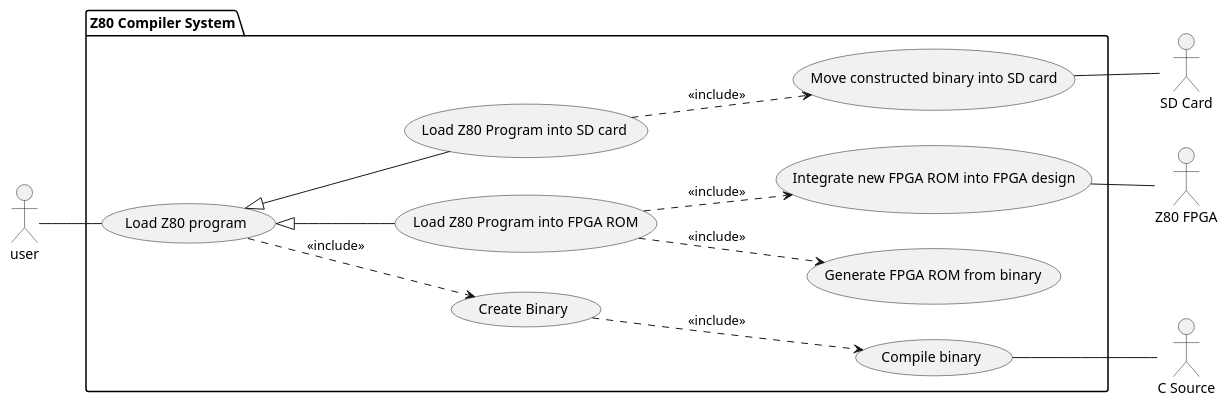
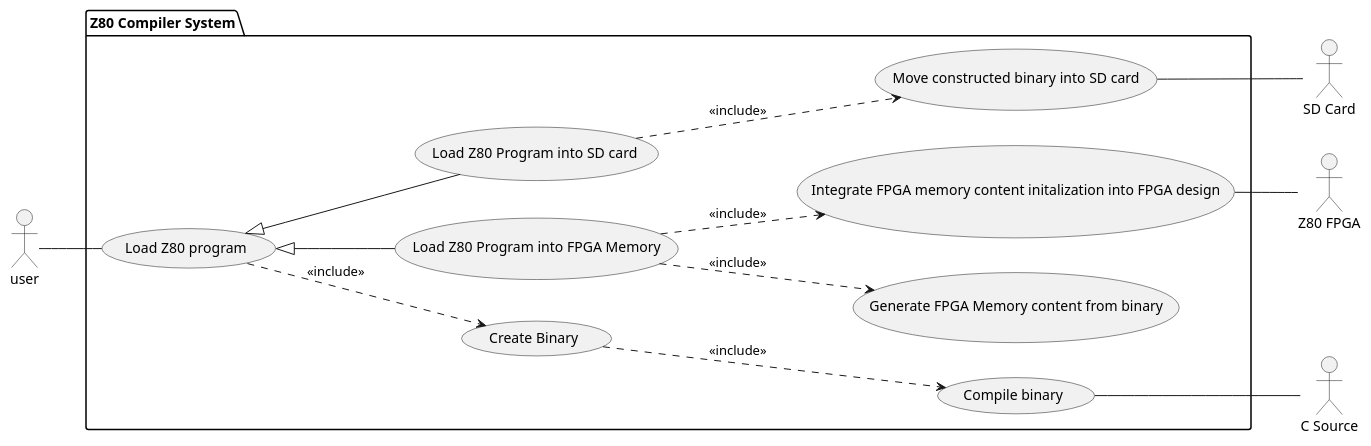
The diagram in src/pdd/use-case/compiler-usecase.puml (waridh/capstone-diagrams), drawn with PlantUML before and after one commit. The commit also changed 1 other file, not shown here.

Commit message:
added update to the usecase diagram

```diff
--- a/src/pdd/use-case/compiler-usecase.puml
+++ b/src/pdd/use-case/compiler-usecase.puml
@@ -1,31 +1,31 @@
 @startuml
 left to right direction
 :user:
 :C Source:
 :Z80 FPGA:
 :SD Card:
 package "Z80 Compiler System" as z80 {
         usecase "Load Z80 program" as load
         usecase "Load Z80 Program into SD card" as sd_load
-        usecase "Load Z80 Program into FPGA ROM" as rom_load
+        usecase "Load Z80 Program into FPGA Memory" as rom_load
         usecase "Move constructed binary into SD card" as mv_sd
-        usecase "Generate FPGA ROM from binary" as gen_rom
-        usecase "Integrate new FPGA ROM into FPGA design" as mv_rom
+        usecase "Generate FPGA Memory content from binary" as gen_rom
+        usecase "Integrate FPGA memory content initalization into FPGA design" as mv_rom
         usecase "Create Binary" as cbin
         usecase "Compile binary" as compile
 }
 :user: -- load
 compile -- :C Source:
 
 cbin ..> compile : <<include>>
 load ..> cbin : <<include>>
 load <|-- sd_load
 load <|-- rom_load
 sd_load ..> mv_sd : <<include>>
 
+rom_load ..> mv_rom : <<include>>
 rom_load ..> gen_rom : <<include>>
-rom_load ..> mv_rom : <<include>>
 
 mv_rom -- :Z80 FPGA:
 mv_sd -- :SD Card:
 @enduml
```
